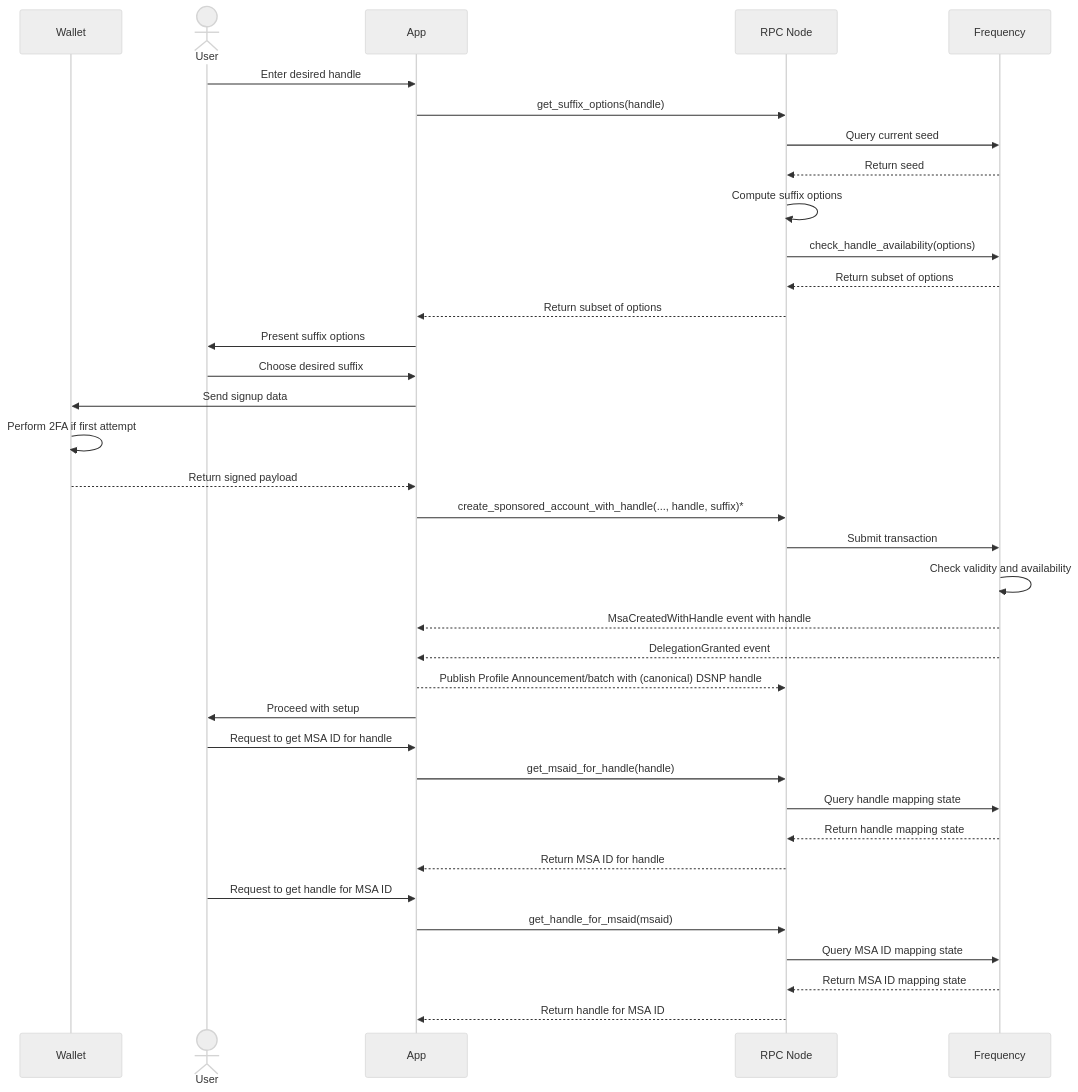
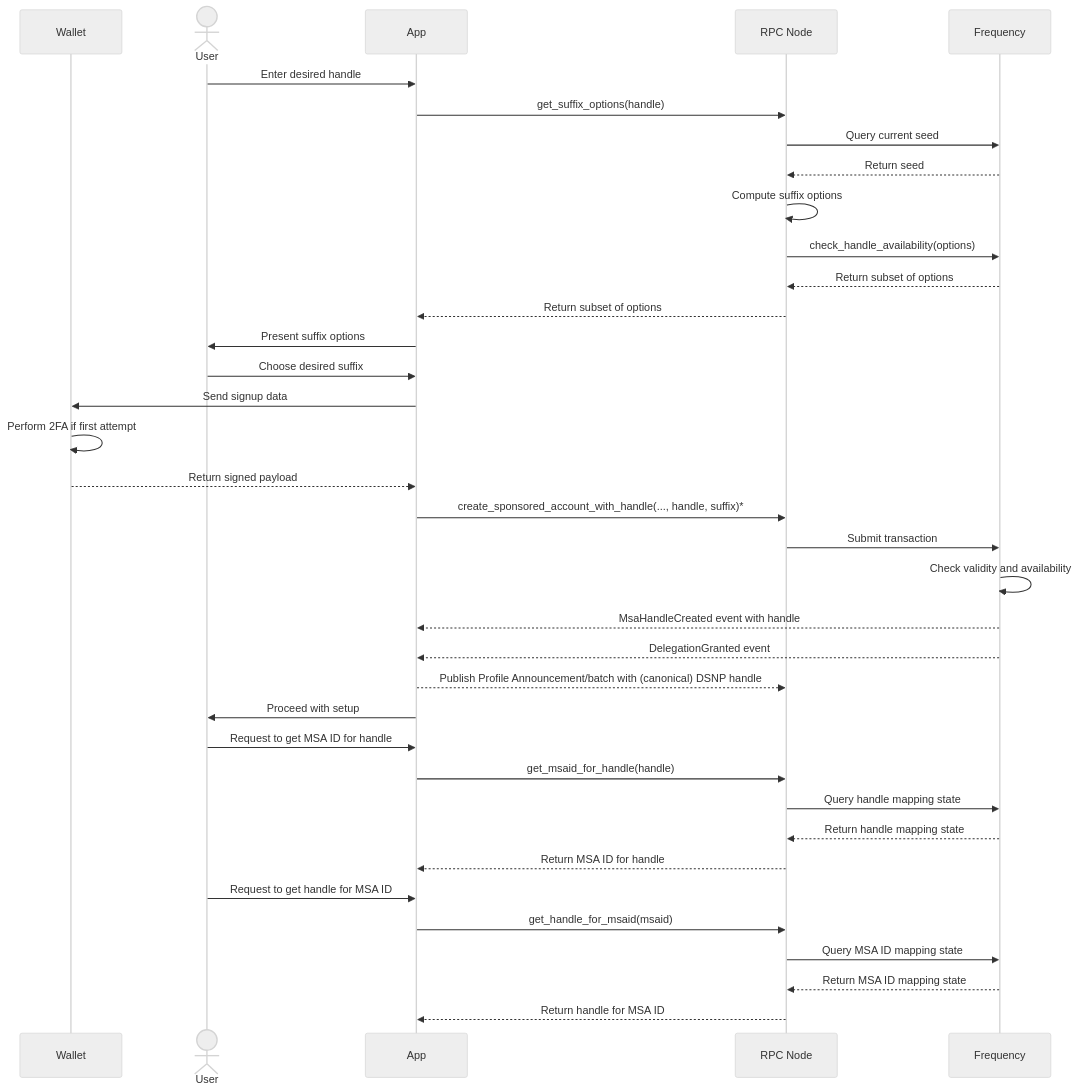
The first of 2 diagrams in designdocs/user-handles.md (frequency-chain/frequency), drawn with Mermaid (neutral theme) before and after one commit. The commit also changed other lines of this file, not shown here.

````diff
--- a/designdocs/user-handles.md
+++ b/designdocs/user-handles.md
@@ -58,38 +58,38 @@
 ```mermaid
 sequenceDiagram
     participant Wallet
     actor User
     participant App
     participant RPC as RPC Node
     participant Chain as Frequency
     User->>App: Enter desired handle
     App->>RPC: get_suffix_options(handle)
     RPC->>Chain: Query current seed
     Chain-->>RPC: Return seed
     RPC->>RPC: Compute suffix options
     RPC->>Chain: check_handle_availability(options)
     Chain-->>RPC: Return subset of options
     RPC-->>App: Return subset of options
     App->>User: Present suffix options
     User->>App: Choose desired suffix
     App->>Wallet: Send signup data
     Wallet->>Wallet: Perform 2FA if first attempt
     Wallet-->>App: Return signed payload
     App->>RPC: create_sponsored_account_with_handle(..., handle, suffix)*
     RPC->>Chain: Submit transaction
     Chain->>Chain: Check validity and availability
-    Chain-->>App: MsaCreatedWithHandle event with handle
+    Chain-->>App: MsaHandleCreated event with handle
     Chain-->>App: DelegationGranted event
     App-->>RPC: Publish Profile Announcement/batch with (canonical) DSNP handle
     App->>User: Proceed with setup
     User->>App: Request to get MSA ID for handle
     App->>RPC: get_msaid_for_handle(handle)
     RPC->>Chain: Query handle mapping state
     Chain-->>RPC: Return handle mapping state
     RPC-->>App: Return MSA ID for handle
     User->>App: Request to get handle for MSA ID
     App->>RPC: get_handle_for_msaid(msaid)
     RPC->>Chain: Query MSA ID mapping state
     Chain-->>RPC: Return MSA ID mapping state
     RPC-->>App: Return handle for MSA ID
 ```
````
